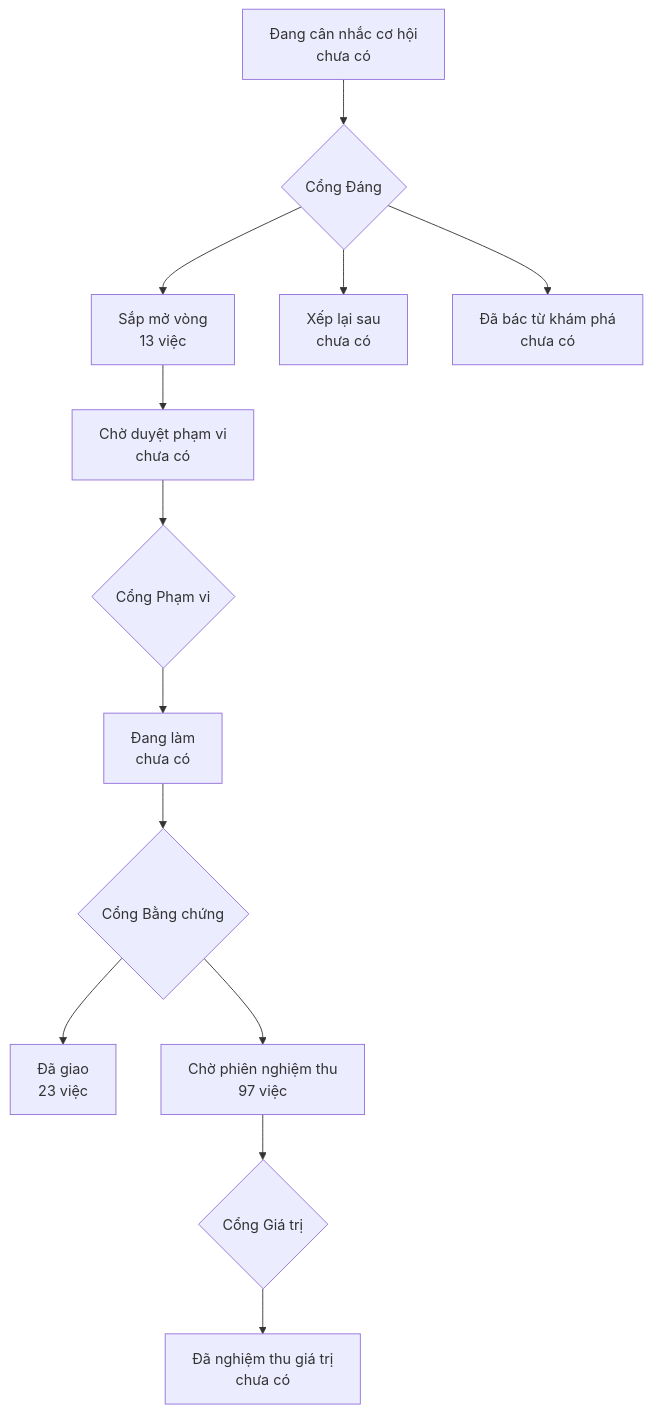
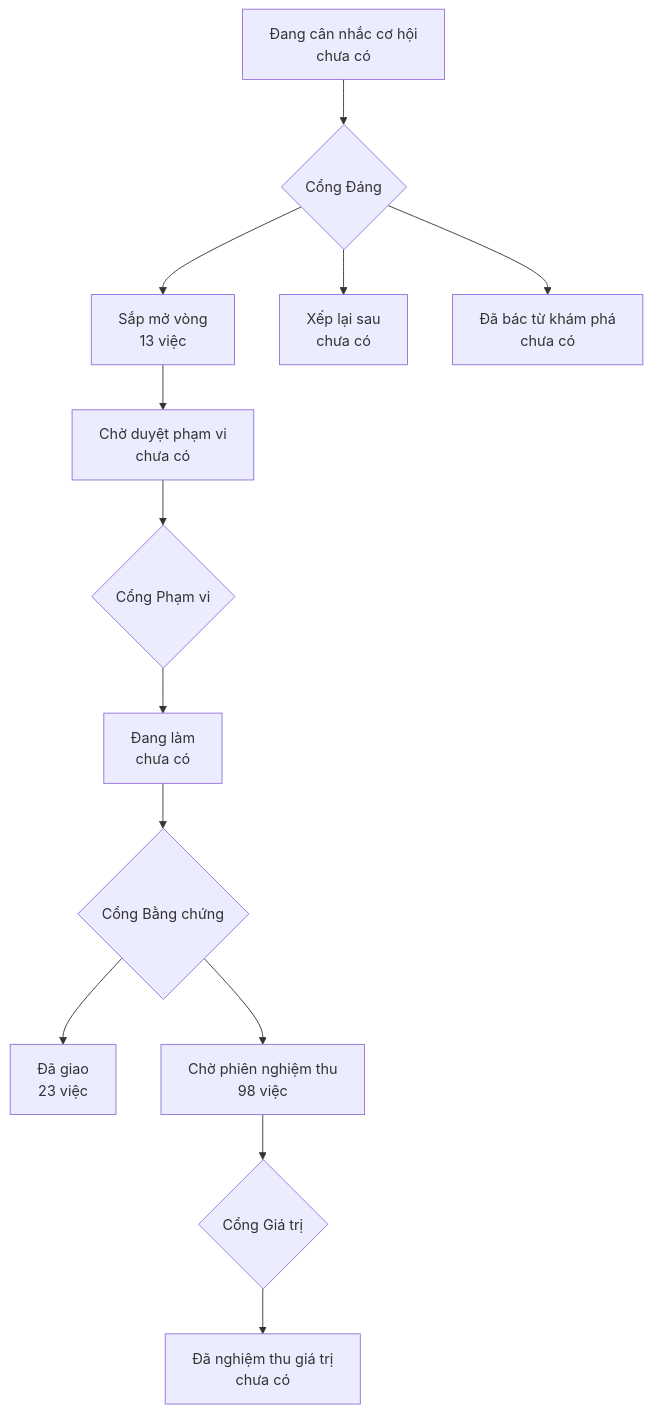
The diagram in PRODUCT-MAP.md (phanlemanh/onehub-quy-hang), drawn with Mermaid before and after one commit. The commit also changed other lines of this file and 1 other file, not shown here.

Commit message:
chore: vẽ lại bản đồ sau khi gộp nhánh chính

````diff
--- a/PRODUCT-MAP.md
+++ b/PRODUCT-MAP.md
@@ -7,12 +7,12 @@
 ```mermaid
 flowchart TD
   A["Đang cân nhắc cơ hội<br/>chưa có"] --> GD{"Cổng Đáng"}
   GD --> B["Sắp mở vòng<br/>13 việc"]
   GD --> XL["Xếp lại sau<br/>chưa có"]
   GD --> DB["Đã bác từ khám phá<br/>chưa có"]
   B --> CD["Chờ duyệt phạm vi<br/>chưa có"] --> GP{"Cổng Phạm vi"}
   GP --> DL["Đang làm<br/>chưa có"] --> GB{"Cổng Bằng chứng"}
   GB --> DG["Đã giao<br/>23 việc"]
-  GB --> CN["Chờ phiên nghiệm thu<br/>97 việc"] --> GG{"Cổng Giá trị"}
+  GB --> CN["Chờ phiên nghiệm thu<br/>98 việc"] --> GG{"Cổng Giá trị"}
   GG --> NT["Đã nghiệm thu giá trị<br/>chưa có"]
 ```
````
